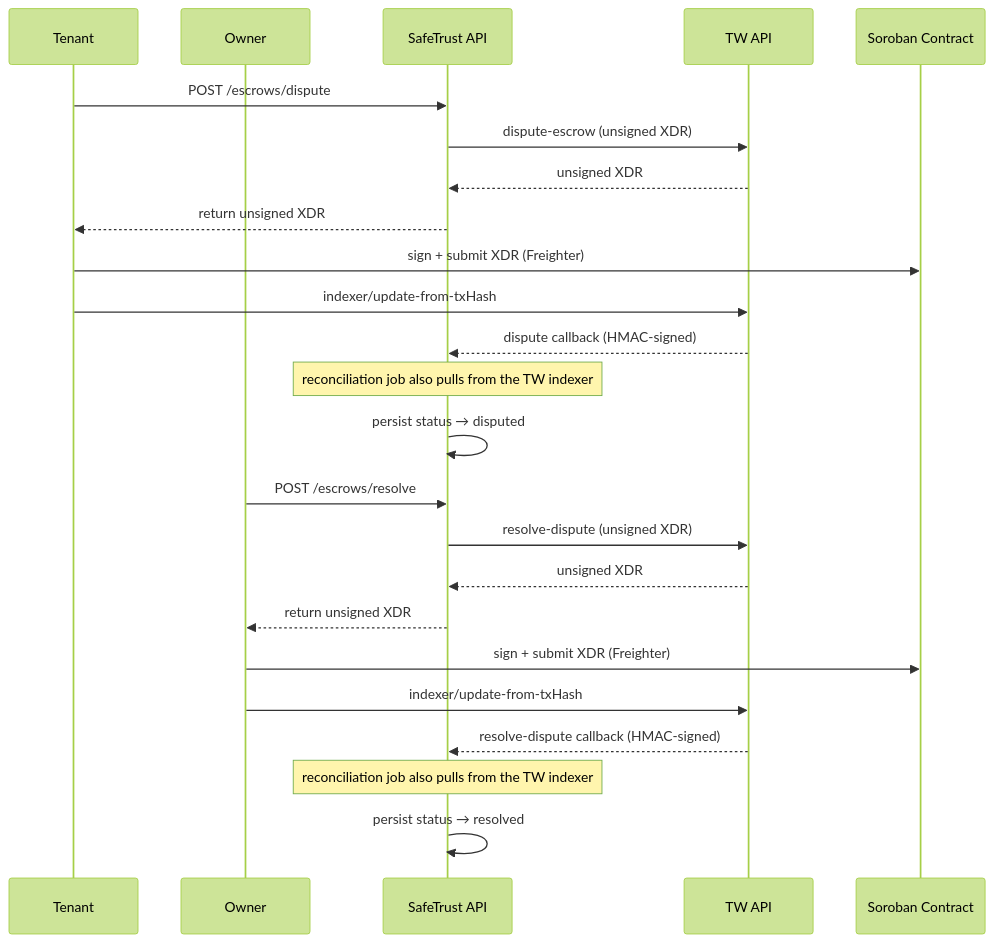
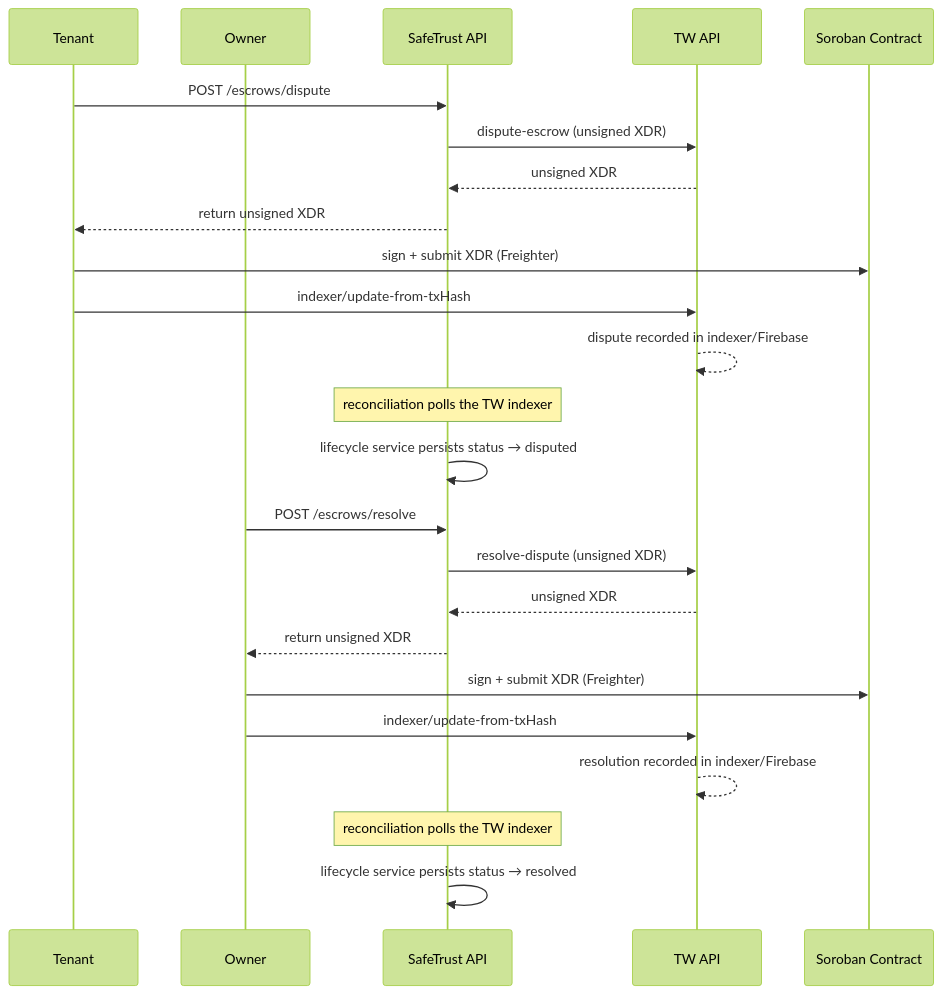
Before and after one commit to safetrustcr/backend-SafeTrust: the first of 3 diagrams in docs/stellar/dispute-resolve.md, drawn with Mermaid (forest theme). The commit also changed other lines of this file and 8 other files, not shown here.

````diff
--- a/docs/stellar/dispute-resolve.md
+++ b/docs/stellar/dispute-resolve.md
@@ -33,28 +33,28 @@
 ```mermaid
 sequenceDiagram
     participant T as Tenant
     participant O as Owner
     participant ST as SafeTrust API
     participant TW as TW API
     participant SC as Soroban Contract
 
     T->>ST: POST /escrows/dispute
     ST->>TW: dispute-escrow (unsigned XDR)
     TW-->>ST: unsigned XDR
     ST-->>T: return unsigned XDR
     T->>SC: sign + submit XDR (Freighter)
     T->>TW: indexer/update-from-txHash
-    TW-->>ST: dispute callback (HMAC-signed)
-    Note over ST: reconciliation job also pulls from the TW indexer
-    ST->>ST: persist status → disputed
+    TW-->>TW: dispute recorded in indexer/Firebase
+    Note over ST: reconciliation polls the TW indexer
+    ST->>ST: lifecycle service persists status → disputed
 
     O->>ST: POST /escrows/resolve
     ST->>TW: resolve-dispute (unsigned XDR)
     TW-->>ST: unsigned XDR
     ST-->>O: return unsigned XDR
     O->>SC: sign + submit XDR (Freighter)
     O->>TW: indexer/update-from-txHash
-    TW-->>ST: resolve-dispute callback (HMAC-signed)
-    Note over ST: reconciliation job also pulls from the TW indexer
-    ST->>ST: persist status → resolved
+    TW-->>TW: resolution recorded in indexer/Firebase
+    Note over ST: reconciliation polls the TW indexer
+    ST->>ST: lifecycle service persists status → resolved
 ```
````
